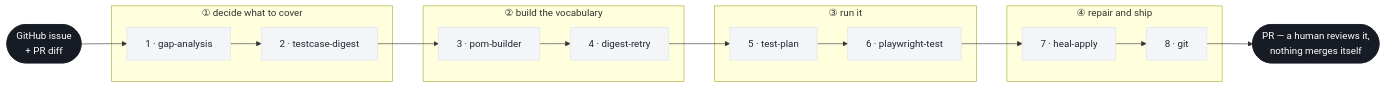
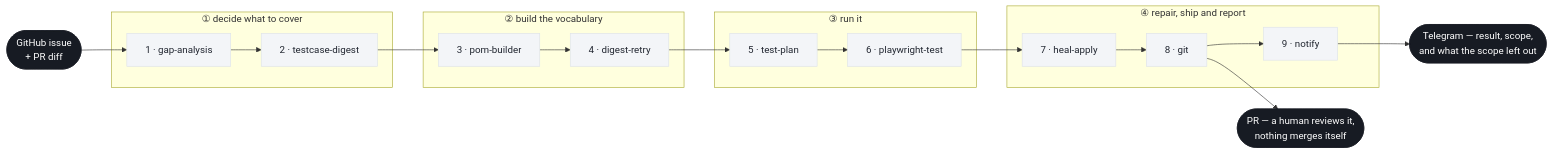
The first of 4 diagrams in WORKFLOW.md (yogap02/pwxai), drawn with Mermaid before and after one commit. The commit also changed other lines of this file and 16 other files, not shown here.

````diff
--- a/WORKFLOW.md
+++ b/WORKFLOW.md
@@ -43,39 +43,42 @@
 ```mermaid
 flowchart LR
     IN(["GitHub issue<br/>+ PR diff"])
 
     subgraph P1["① decide what to cover"]
         S1["1 · gap-analysis"]
         S2["2 · testcase-digest"]
         S1 --> S2
     end
 
     subgraph P2["② build the vocabulary"]
         S3["3 · pom-builder"]
         S4["4 · digest-retry"]
         S3 --> S4
     end
 
     subgraph P3["③ run it"]
         S5["5 · test-plan"]
         S6["6 · playwright-test"]
         S5 --> S6
     end
 
-    subgraph P4["④ repair and ship"]
+    subgraph P4["④ repair, ship and report"]
         S7["7 · heal-apply"]
         S8["8 · git"]
+        S9["9 · notify"]
         S7 --> S8
+        S8 --> S9
     end
 
     IN --> S1
     S2 --> S3
     S4 --> S5
     S6 --> S7
     S8 --> OUT(["PR — a human reviews it,<br/>nothing merges itself"])
+    S9 --> CHAT(["Telegram — result, scope,<br/>and what the scope left out"])
 
     classDef stage fill:#F3F5F8,stroke:#DDE2E8,color:#212630
     classDef io fill:#171B23,stroke:#171B23,color:#FFFFFF
-    class S1,S2,S3,S4,S5,S6,S7,S8 stage
-    class IN,OUT io
+    class S1,S2,S3,S4,S5,S6,S7,S8,S9 stage
+    class IN,OUT,CHAT io
 ```
````
